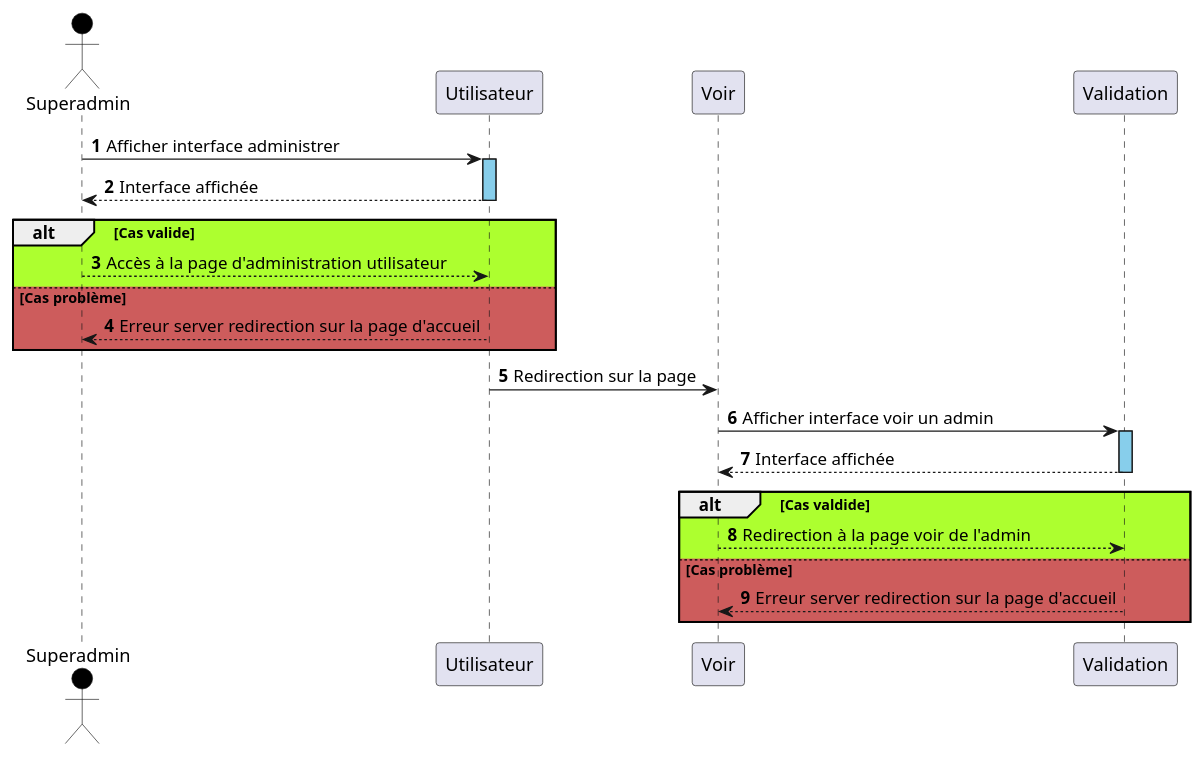
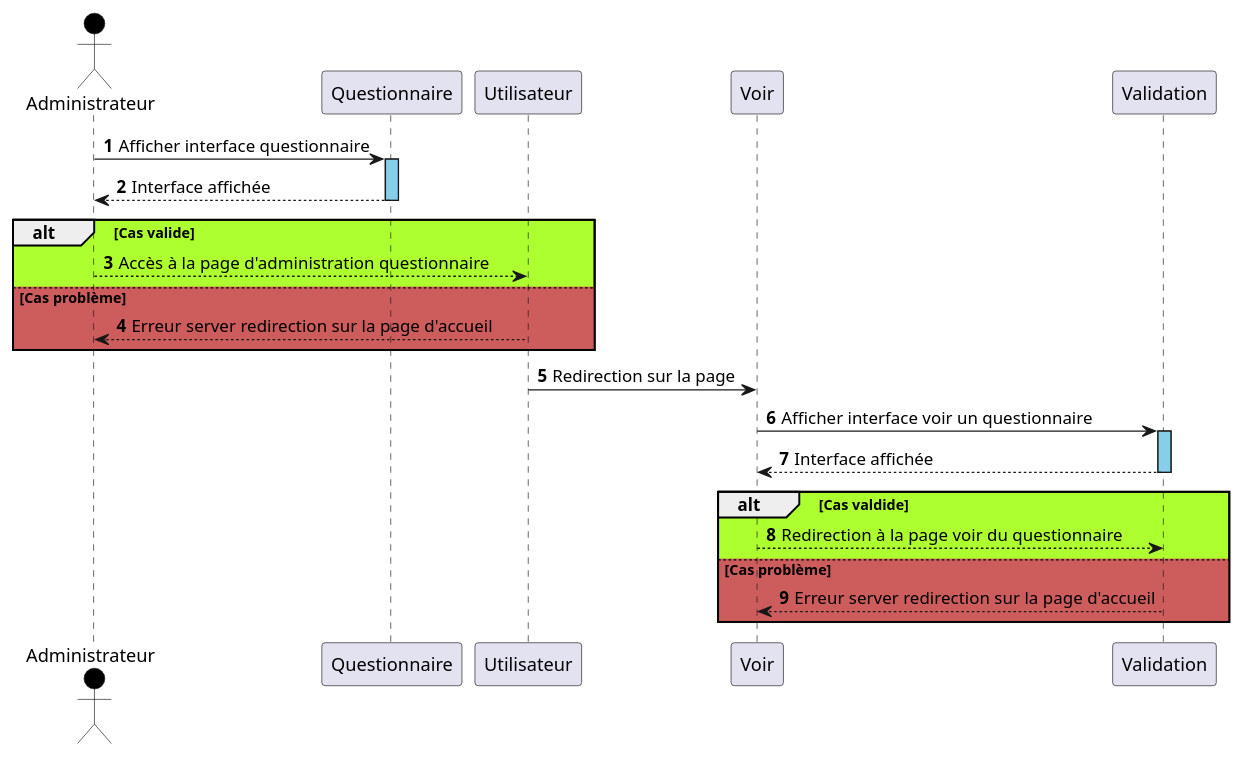
One commit to nwehla/QuidideanceTest changed the diagram in documents/analyse_uml/diagramme_de_sequence/diagramme_sequence_questionner/diagramme_sequence_voirquestionnaire.wsd. Above: the diagram before and after it, drawn with PlantUML. The commit also changed 2 other files, not shown here.

Commit message:
Use case sequentiel supprimver/voirquestionnaire fait

```diff
--- a/documents/analyse_uml/diagramme_de_sequence/diagramme_sequence_questionner/diagramme_sequence_voirquestionnaire.wsd
+++ b/documents/analyse_uml/diagramme_de_sequence/diagramme_sequence_questionner/diagramme_sequence_voirquestionnaire.wsd
@@ -1,23 +1,23 @@
-@startuml voiradmin
+@startuml voirquestionnaire
 autonumber 
-actor Superadmin #Black
-Superadmin -> Utilisateur : Afficher interface administrer
-activate Utilisateur #SkyBlue
-Utilisateur --> Superadmin : Interface affichée
-deactivate Utilisateur
+actor Administrateur #Black
+Administrateur -> Questionnaire : Afficher interface questionnaire
+activate Questionnaire #SkyBlue
+Questionnaire --> Administrateur : Interface affichée
+deactivate Questionnaire
 alt #GreenYellow Cas valide 
-Utilisateur <-- Superadmin : Accès à la page d'administration utilisateur
+Utilisateur <-- Administrateur : Accès à la page d'administration questionnaire
 else #IndianRed Cas problème
-Utilisateur --> Superadmin : Erreur server redirection sur la page d'accueil
+Utilisateur --> Administrateur : Erreur server redirection sur la page d'accueil
 end
 Utilisateur -> Voir : Redirection sur la page
-Voir -> Validation : Afficher interface voir un admin
+Voir -> Validation : Afficher interface voir un questionnaire
 activate Validation #SkyBlue
 Validation --> Voir : Interface affichée
 deactivate Validation
 alt #GreenYellow Cas valdide 
-Voir --> Validation : Redirection à la page voir de l'admin 
+Voir --> Validation : Redirection à la page voir du questionnaire
 else #IndianRed Cas problème
 Voir <-- Validation : Erreur server redirection sur la page d'accueil
 end
 @enduml
```
